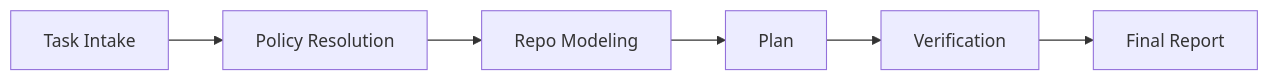
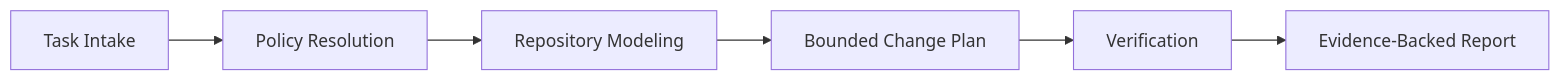
One commit to hghalebi/Ferrify changed the diagram in README.md. Above: the diagram before and after it, drawn with Mermaid. The commit also changed other lines of this file, not shown here.

````diff
--- a/README.md
+++ b/README.md
@@ -48,8 +64,8 @@
 ```mermaid
 flowchart LR
   A["Task Intake"] --> B["Policy Resolution"]
-  B --> C["Repo Modeling"]
-  C --> D["Plan"]
+  B --> C["Repository Modeling"]
+  C --> D["Bounded Change Plan"]
   D --> E["Verification"]
-  E --> F["Final Report"]
+  E --> F["Evidence-Backed Report"]
 ```
````
